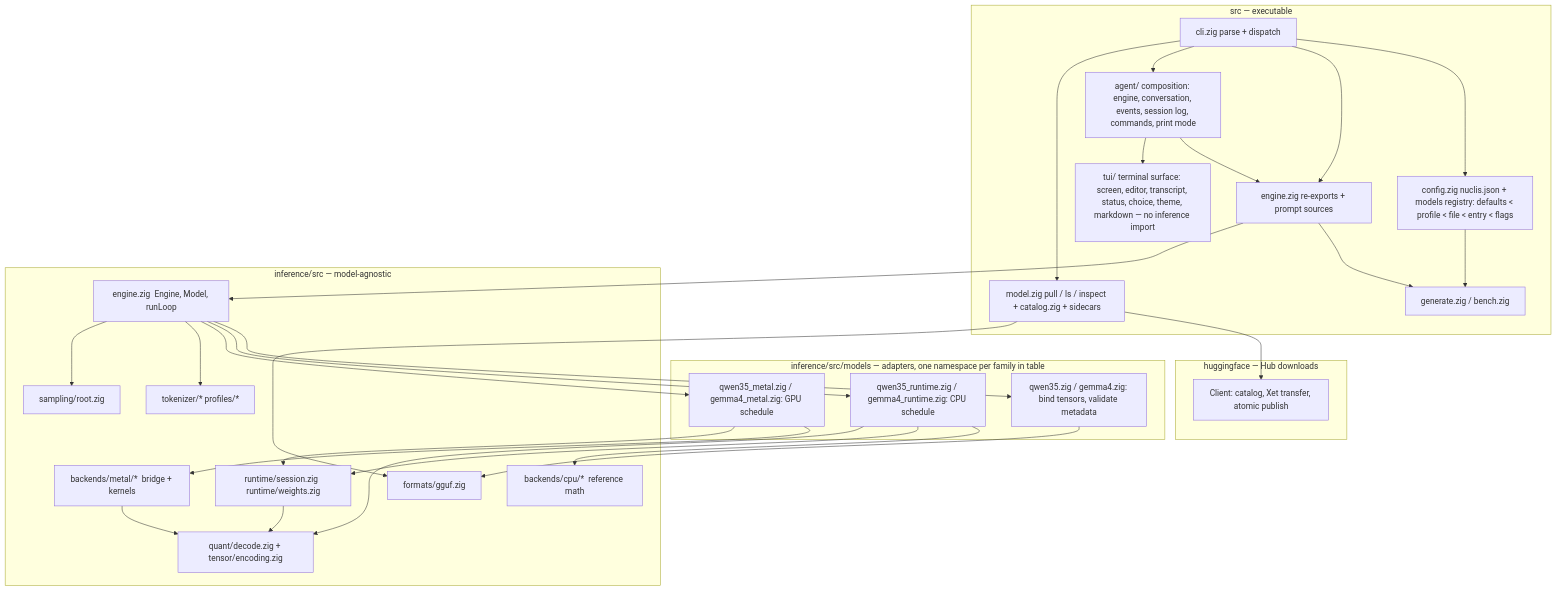
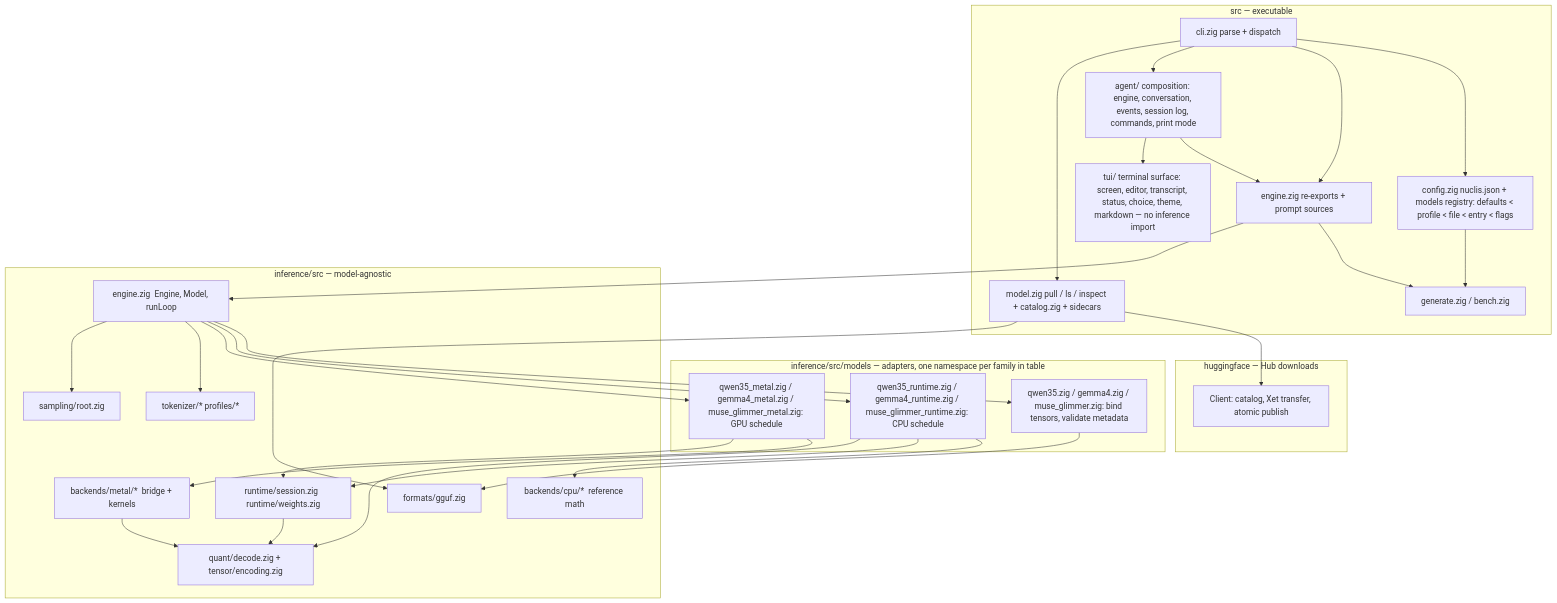
The second of 9 diagrams in docs/architecture.md (tildaslashalef/nuclis), drawn with Mermaid before and after one commit. The commit also changed 171 other files, not shown here.

Commit message:
feat(models): the Muse Glimmer adapter and CPU reference match the pinned traces; the unit closes (MODL-11)

````diff
--- a/docs/architecture.md
+++ b/docs/architecture.md
@@ -72,54 +72,54 @@
 ```mermaid
 flowchart TB
     subgraph exe [src — executable]
         cli[cli.zig parse + dispatch]
         config[config.zig nuclis.json + models registry: defaults < profile < file < entry < flags]
         tui[tui/ terminal surface: screen, editor, transcript, status, choice, theme, markdown — no inference import]
         agent[agent/ composition: engine, conversation, events, session log, commands, print mode]
         engine[engine.zig re-exports + prompt sources]
         gen[generate.zig / bench.zig]
         model[model.zig pull / ls / inspect + catalog.zig + sidecars]
     end
     subgraph hfpkg [huggingface — Hub downloads]
         hf[Client: catalog, Xet transfer, atomic publish]
     end
     subgraph models [inference/src/models — adapters, one namespace per family in table]
-        bind[qwen35.zig / gemma4.zig: bind tensors, validate metadata]
-        rt[qwen35_runtime.zig / gemma4_runtime.zig: CPU schedule]
-        plan[qwen35_metal.zig / gemma4_metal.zig: GPU schedule]
+        bind[qwen35.zig / gemma4.zig / muse_glimmer.zig: bind tensors, validate metadata]
+        rt[qwen35_runtime.zig / gemma4_runtime.zig / muse_glimmer_runtime.zig: CPU schedule]
+        plan[qwen35_metal.zig / gemma4_metal.zig / muse_glimmer_metal.zig: GPU schedule]
     end
     subgraph shared [inference/src — model-agnostic]
         gguf[formats/gguf.zig]
         quant[quant/decode.zig + tensor/encoding.zig]
         tok[tokenizer/*  profiles/*]
         sess[runtime/session.zig  runtime/weights.zig]
         eng[engine.zig  Engine, Model, runLoop]
         samp[sampling/root.zig]
         cpu[backends/cpu/*  reference math]
         metal[backends/metal/*  bridge + kernels]
     end
     cli --> config
     cli --> engine
     cli --> agent
     cli --> model
     model --> hf
     model --> gguf
     config --> gen
     agent --> engine
     agent --> tui
     engine --> gen
     engine --> eng
     eng --> bind
     eng --> rt
     eng --> plan
     eng --> tok
     eng --> samp
     bind --> gguf
     rt --> cpu
     rt --> sess
     rt --> quant
     plan --> metal
     plan --> sess
     metal --> quant
     sess --> quant
 ```
````
